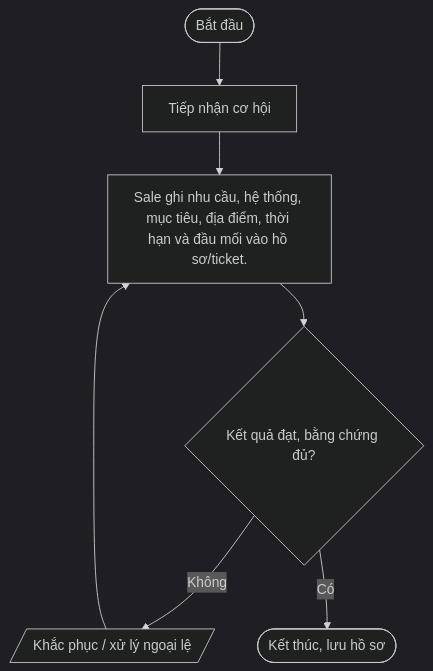
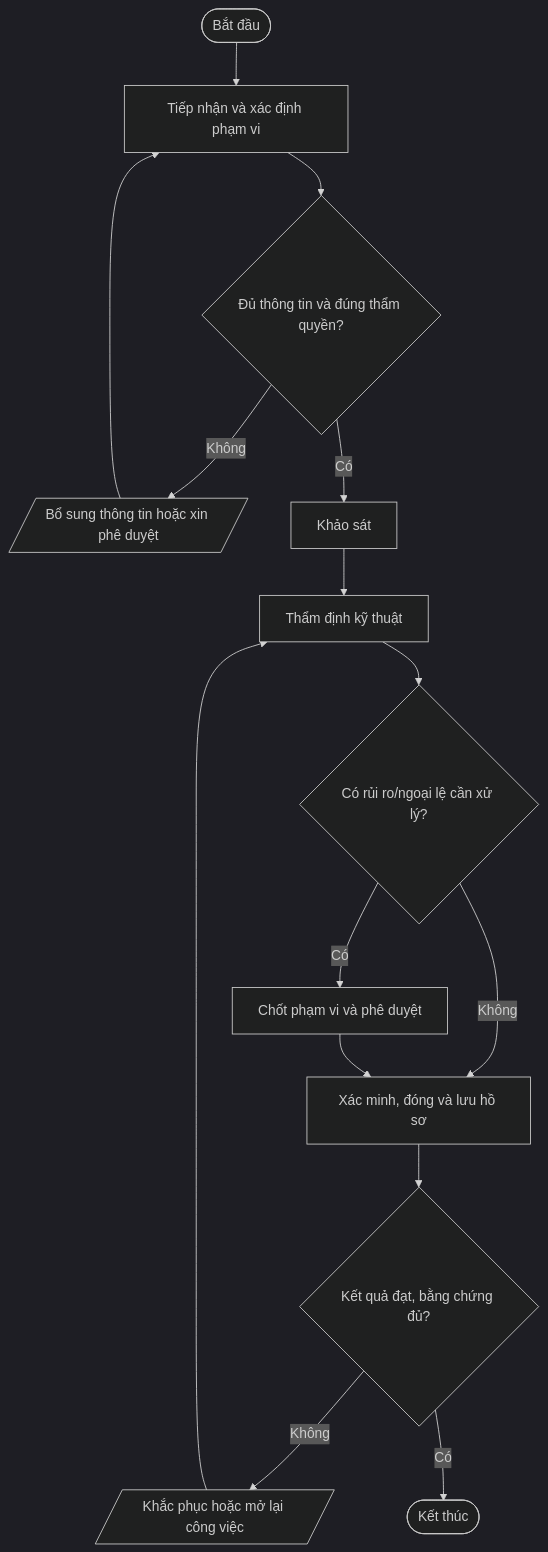
One commit to daoaigiangnam/Quy_Trinh_Chuan changed the first of 9 diagrams in quy-trinh/02-Van-hanh-IT/README.md. Above: the diagram before and after it, drawn with Mermaid (dark theme). The commit also changed other lines of this file, not shown here.

Commit message:
docs: refine detailed procedure steps and Mermaid flowcharts

````diff
--- a/quy-trinh/02-Van-hanh-IT/README.md
+++ b/quy-trinh/02-Van-hanh-IT/README.md
@@ -52,11 +55,17 @@
 ```mermaid
 flowchart TD
-  A([Bắt đầu]) --> S1
-  S1["Tiếp nhận cơ hội"]
-  S2["Sale ghi nhu cầu, hệ thống, mục tiêu, địa điểm, thời hạn và đầu mối vào hồ sơ/ticket."]
-  S1 --> S2
-  S2 --> D2{"Kết quả đạt, bằng chứng đủ?"}
-  D2 -- Không --> REWORK[/"Khắc phục / xử lý ngoại lệ"/]
-  REWORK --> S2
-  D2 -- Có --> Z([Kết thúc, lưu hồ sơ])
+  A([Bắt đầu]) --> S1["Tiếp nhận và xác định phạm vi"]
+  S1 --> D1{"Đủ thông tin và đúng thẩm quyền?"}
+  D1 -- Không --> F1[/"Bổ sung thông tin hoặc xin phê duyệt"/]
+  F1 --> S1
+  D1 -- Có --> S2["Khảo sát"]
+  S2 --> S3["Thẩm định kỹ thuật"]
+  S3 --> D2{"Có rủi ro/ngoại lệ cần xử lý?"}
+  D2 -- Có --> S4["Chốt phạm vi và phê duyệt"]
+  D2 -- Không --> S5["Xác minh, đóng và lưu hồ sơ"]
+  S4 --> S5
+  S5 --> D3{"Kết quả đạt, bằng chứng đủ?"}
+  D3 -- Không --> R[/"Khắc phục hoặc mở lại công việc"/]
+  R --> S3
+  D3 -- Có --> Z([Kết thúc])
 ```
````
